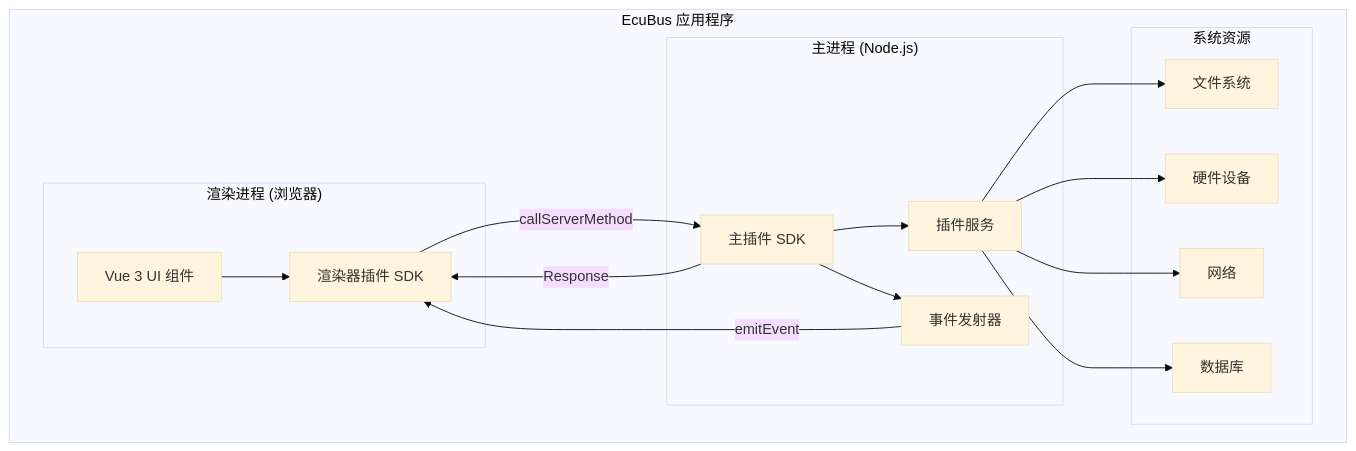
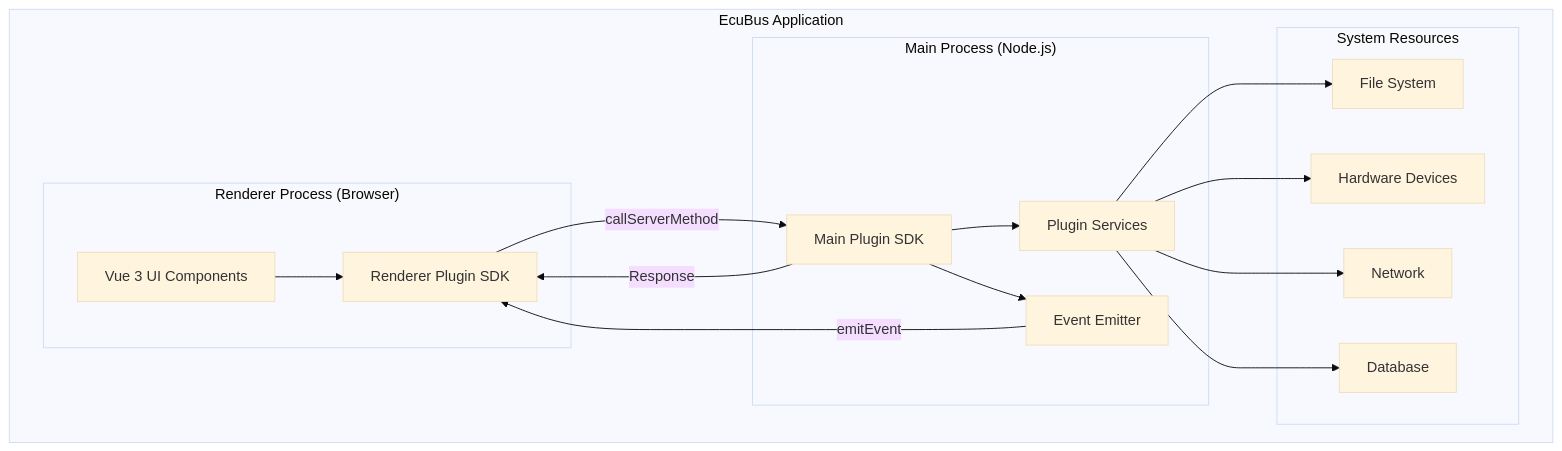
The first of 2 diagrams in docs/zh/dev/plugin.md (ecubus/EcuBus-Pro), drawn with Mermaid (base theme) before and after one commit. The commit also changed other lines of this file, not shown here.

Commit message:
New translations plugin.md (Chinese Simplified)

````diff
--- a/docs/zh/dev/plugin.md
+++ b/docs/zh/dev/plugin.md
@@ -111,33 +111,33 @@
 ```mermaid
 graph TB
-    subgraph "EcuBus 应用程序"
-        subgraph "渲染进程 (浏览器)"
-            UI[Vue 3 UI 组件]
-            SDK_R[渲染器插件 SDK]
+    subgraph "EcuBus Application"
+        subgraph "Renderer Process (Browser)"
+            UI[Vue 3 UI Components]
+            SDK_R[Renderer Plugin SDK]
             UI --> SDK_R
         end
         
-        subgraph "主进程 (Node.js)"
-            SDK_M[主插件 SDK]
-            Services[插件服务]
-            Events[事件发射器]
+        subgraph "Main Process (Node.js)"
+            SDK_M[Main Plugin SDK]
+            Services[Plugin Services]
+            Events[Event Emitter]
             SDK_M --> Services
             SDK_M --> Events
         end
         
-        subgraph "系统资源"
-            FS[文件系统]
-            HW[硬件设备]
-            NET[网络]
-            DB[数据库]
+        subgraph "System Resources"
+            FS[File System]
+            HW[Hardware Devices]
+            NET[Network]
+            DB[Database]
         end
         
         SDK_R -->|callServerMethod| SDK_M
         SDK_M -->|Response| SDK_R
         Events -->|emitEvent| SDK_R
         Services --> FS
         Services --> HW
         Services --> NET
         Services --> DB
     end
 ```
````
